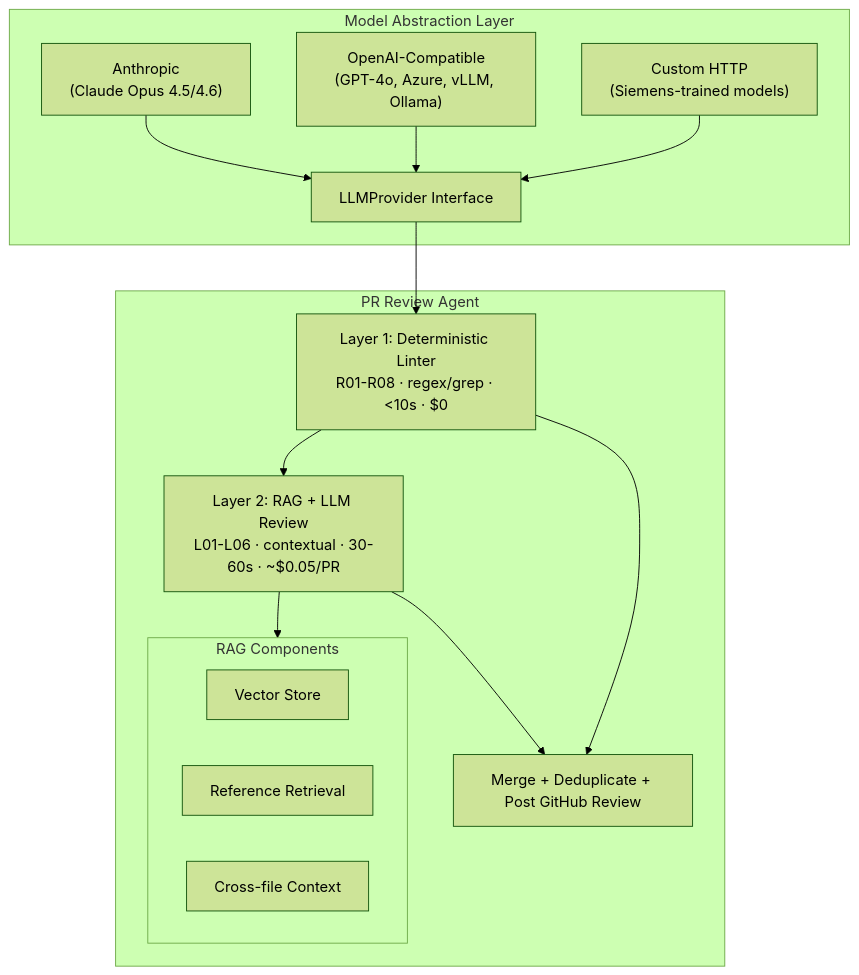
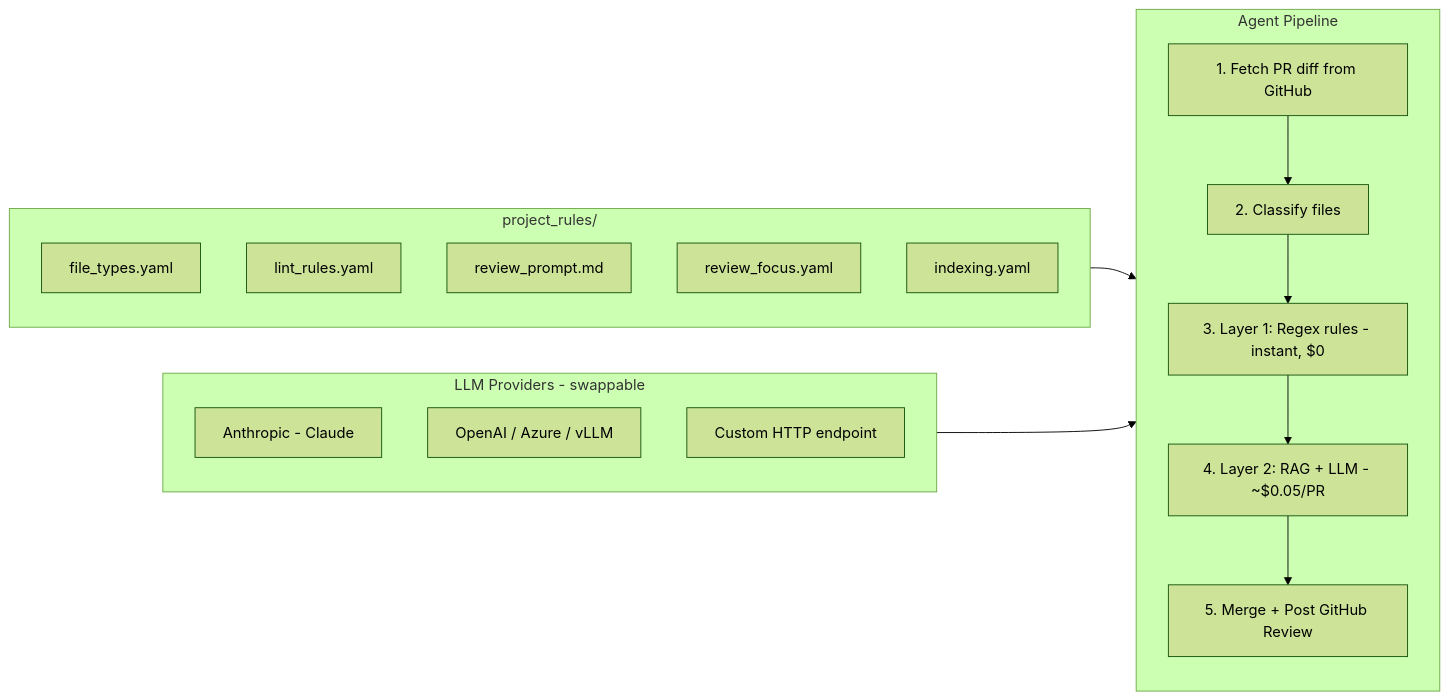
One commit to bibhuti230185/AI-learning changed the diagram in pr_review_agent/sw360_review_agent/README.md. Above: the diagram before and after it, drawn with Mermaid (forest theme). The commit also changed other lines of this file and 19 other files, not shown here.

Commit message:
feat(pr-review): add rules loader and improve review flow

````diff
--- a/pr_review_agent/sw360_review_agent/README.md
+++ b/pr_review_agent/sw360_review_agent/README.md
@@ -7,27 +7,29 @@
 ```mermaid
-graph TB
-    subgraph MAL["Model Abstraction Layer"]
-        A["Anthropic<br/>(Claude Opus 4.5/4.6)"]
-        B["OpenAI-Compatible<br/>(GPT-4o, Azure, vLLM, Ollama)"]
-        C["Custom HTTP<br/>(Siemens-trained models)"]
-        A --> I["LLMProvider Interface"]
-        B --> I
-        C --> I
+flowchart LR
+    subgraph Config["project_rules/"]
+        FT["file_types.yaml"]
+        LR["lint_rules.yaml"]
+        RP["review_prompt.md"]
+        RF["review_focus.yaml"]
+        IX["indexing.yaml"]
     end
 
-    subgraph AGENT["PR Review Agent"]
-        I --> L1["Layer 1: Deterministic Linter<br/>R01-R08 · regex/grep · &lt;10s · $0"]
-        L1 --> L2["Layer 2: RAG + LLM Review<br/>L01-L06 · contextual · 30-60s · ~$0.05/PR"]
-
-        subgraph RAG["RAG Components"]
-            VS["Vector Store"]
-            RR["Reference Retrieval"]
-            CF["Cross-file Context"]
-        end
-
-        L2 --> RAG
-        L2 --> MG["Merge + Deduplicate + Post GitHub Review"]
+    subgraph Pipeline["Agent Pipeline"]
+        direction TB
+        S1["1. Fetch PR diff from GitHub"]
+        S2["2. Classify files"]
+        S3["3. Layer 1: Regex rules - instant, $0"]
+        S4["4. Layer 2: RAG + LLM - ~$0.05/PR"]
+        S5["5. Merge + Post GitHub Review"]
+        S1 --> S2 --> S3 --> S4 --> S5
     end
 
-    L1 --> MG
+    subgraph Providers["LLM Providers - swappable"]
+        P1["Anthropic - Claude"]
+        P2["OpenAI / Azure / vLLM"]
+        P3["Custom HTTP endpoint"]
+    end
+
+    Config --> Pipeline
+    Providers --> S4
 ```
````
